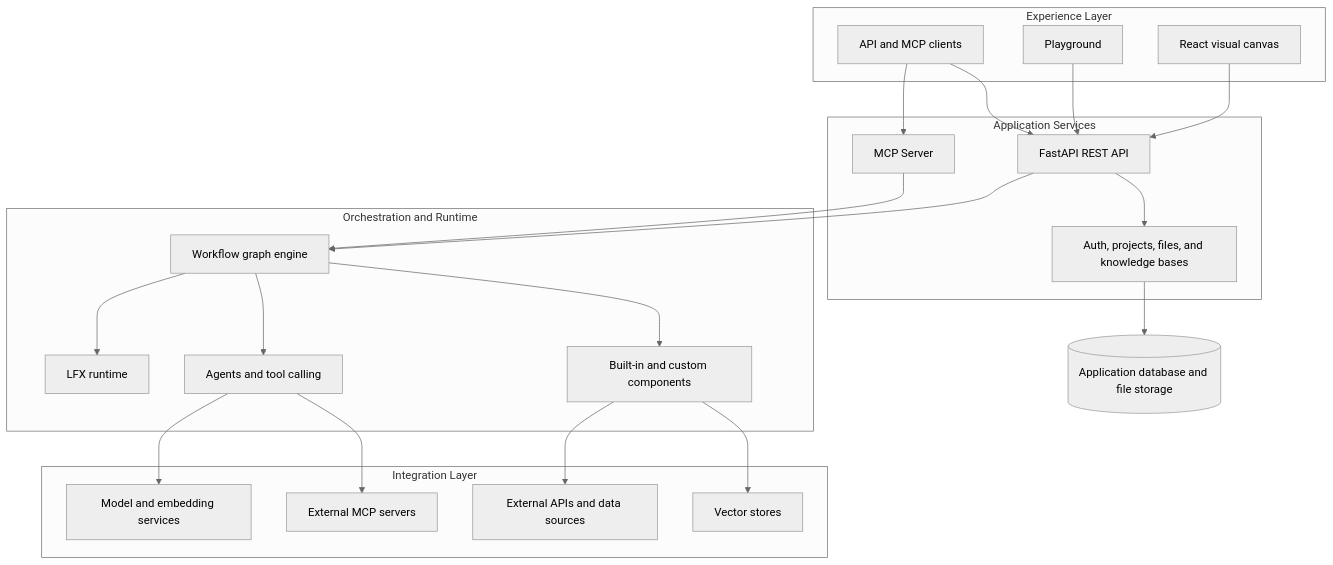
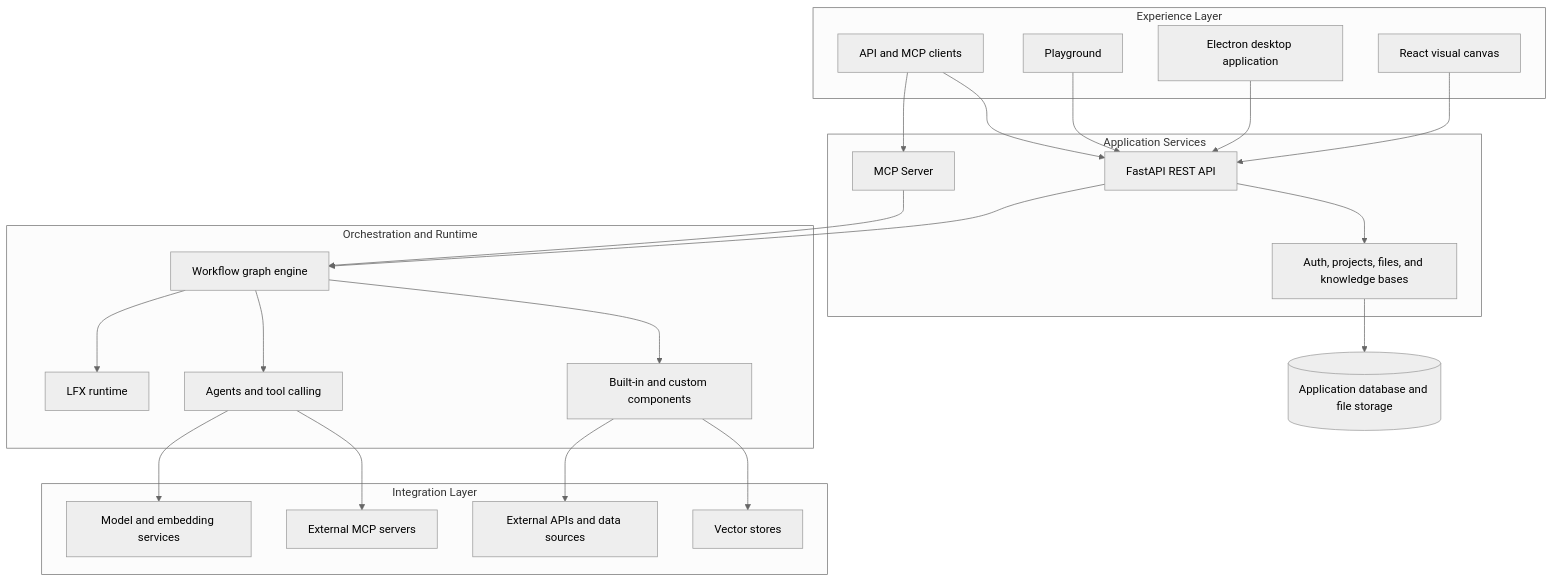
Before and after one commit to lien0219/openxflow: the second of 2 diagrams in README_EN.md, drawn with Mermaid (neutral theme). The commit also changed other lines of this file, not shown here.

Commit message:
docs: align English desktop documentation

````diff
--- a/README_EN.md
+++ b/README_EN.md
@@ -135,46 +139,48 @@
 ```mermaid
 flowchart TB
     subgraph Experience[Experience Layer]
         Web[React visual canvas]
+        Desktop[Electron desktop application]
         Playground[Playground]
         Clients[API and MCP clients]
     end
 
     subgraph Application[Application Services]
         FastAPI[FastAPI REST API]
         MCPAPI[MCP Server]
         Services[Auth, projects, files, and knowledge bases]
     end
 
     subgraph Runtime[Orchestration and Runtime]
         Graph[Workflow graph engine]
         LFX[LFX runtime]
         Agents[Agents and tool calling]
         Components[Built-in and custom components]
     end
 
     subgraph Integrations[Integration Layer]
         Models[Model and embedding services]
         MCPTools[External MCP servers]
         APIs[External APIs and data sources]
         Vectors[Vector stores]
     end
 
     Storage[(Application database and file storage)]
 
     Web --> FastAPI
+    Desktop --> FastAPI
     Playground --> FastAPI
     Clients --> FastAPI
     Clients --> MCPAPI
     FastAPI --> Services
     FastAPI --> Graph
     MCPAPI --> Graph
     Graph --> LFX
     Graph --> Agents
     Graph --> Components
     Agents --> Models
     Agents --> MCPTools
     Components --> APIs
     Components --> Vectors
     Services --> Storage
 ```
````
